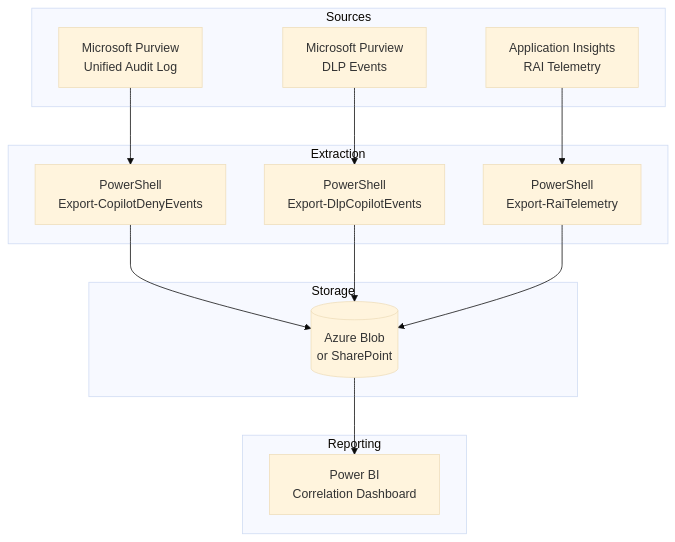
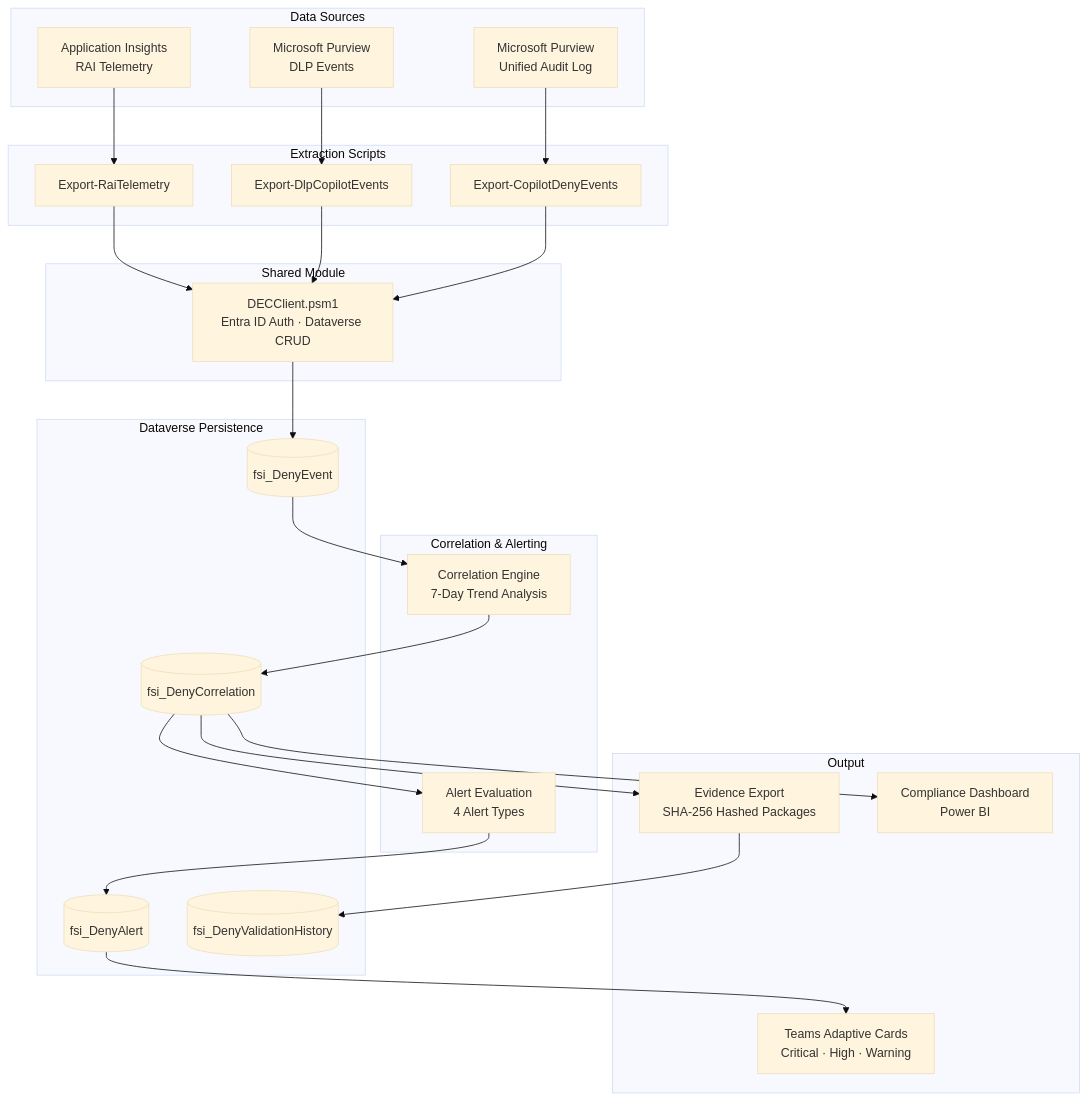
One commit to judeper/FSI-AgentGov changed the first of 2 diagrams in docs/playbooks/advanced-implementations/deny-event-correlation-report/index.md. Above: the diagram before and after it, drawn with Mermaid (base theme). The commit also changed other lines of this file, not shown here.

Commit message:
docs(dec-playbook): update index.md to v2.0.0 with Dataverse, orchestration, alerting, and evidence export

````diff
--- a/docs/playbooks/advanced-implementations/deny-event-correlation-report/index.md
+++ b/docs/playbooks/advanced-implementations/deny-event-correlation-report/index.md
@@ -38,30 +38,52 @@
 ```mermaid
 flowchart TB
-    subgraph Sources
+    subgraph Sources["Data Sources"]
         AUDIT[Microsoft Purview<br/>Unified Audit Log]
         DLP[Microsoft Purview<br/>DLP Events]
         APPINS[Application Insights<br/>RAI Telemetry]
     end
 
-    subgraph Extraction
-        PS1[PowerShell<br/>Export-CopilotDenyEvents]
-        PS2[PowerShell<br/>Export-DlpCopilotEvents]
-        PS3[PowerShell<br/>Export-RaiTelemetry]
+    subgraph Extraction["Extraction Scripts"]
+        PS1[Export-CopilotDenyEvents]
+        PS2[Export-DlpCopilotEvents]
+        PS3[Export-RaiTelemetry]
     end
 
-    subgraph Storage
-        BLOB[(Azure Blob<br/>or SharePoint)]
+    subgraph SharedModule["Shared Module"]
+        CLIENT[DECClient.psm1<br/>Entra ID Auth · Dataverse CRUD]
     end
 
-    subgraph Reporting
-        PBI[Power BI<br/>Correlation Dashboard]
+    subgraph Dataverse["Dataverse Persistence"]
+        EVENTS[(fsi_DenyEvent)]
+        CORR[(fsi_DenyCorrelation)]
+        ALERTS[(fsi_DenyAlert)]
+        HISTORY[(fsi_DenyValidationHistory)]
+    end
+
+    subgraph Processing["Correlation & Alerting"]
+        ENGINE[Correlation Engine<br/>7-Day Trend Analysis]
+        ALERTEVAL[Alert Evaluation<br/>4 Alert Types]
+    end
+
+    subgraph Output["Output"]
+        TEAMS[Teams Adaptive Cards<br/>Critical · High · Warning]
+        EVIDENCE[Evidence Export<br/>SHA-256 Hashed Packages]
+        DASHBOARD[Compliance Dashboard<br/>Power BI]
     end
 
     AUDIT --> PS1
     DLP --> PS2
     APPINS --> PS3
-    PS1 --> BLOB
-    PS2 --> BLOB
-    PS3 --> BLOB
-    BLOB --> PBI
+    PS1 --> CLIENT
+    PS2 --> CLIENT
+    PS3 --> CLIENT
+    CLIENT --> EVENTS
+    EVENTS --> ENGINE
+    ENGINE --> CORR
+    CORR --> ALERTEVAL
+    ALERTEVAL --> ALERTS
+    ALERTS --> TEAMS
+    CORR --> EVIDENCE
+    EVIDENCE --> HISTORY
+    CORR --> DASHBOARD
 ```
````
